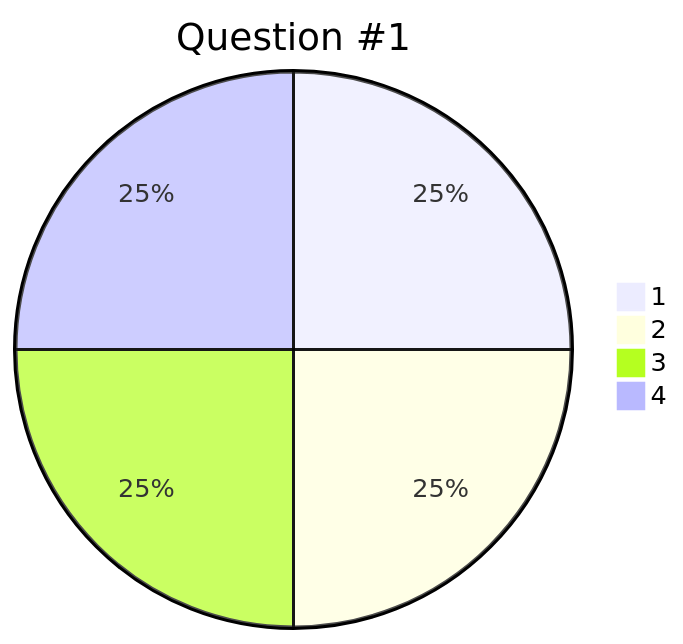
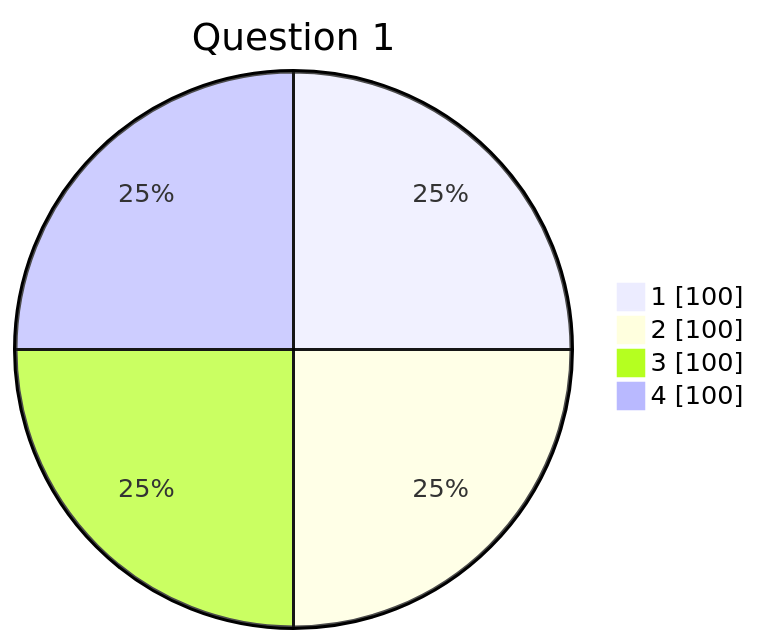
The diagram in 11_aws_demos/README.md (alonitac/DevOpsJan22), drawn with Mermaid before and after one commit. The commit also changed other lines of this file, not shown here.

````diff
--- a/11_aws_demos/README.md
+++ b/11_aws_demos/README.md
@@ -21,8 +24,8 @@
 ```mermaid
-pie 
-    title Question #1
+pie showData
+    title Question 1
     "1" : 100
     "2" : 100
     "3" : 100
     "4" : 100
 ```
````
